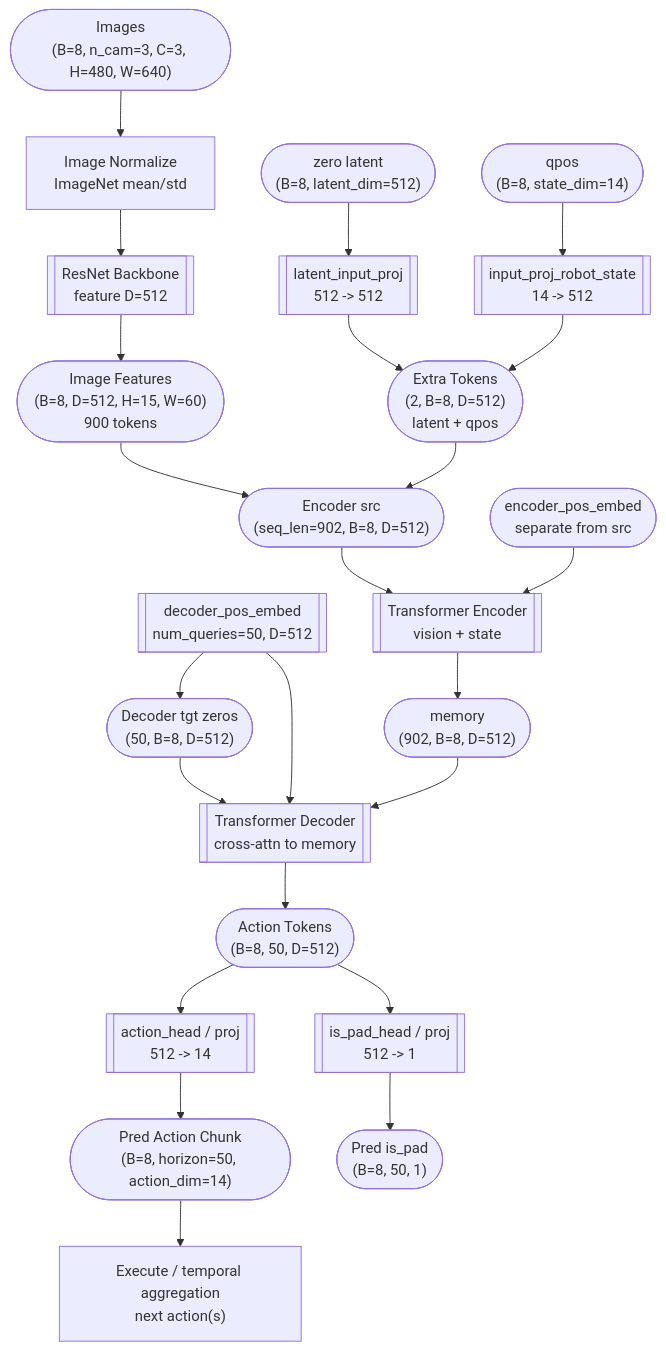
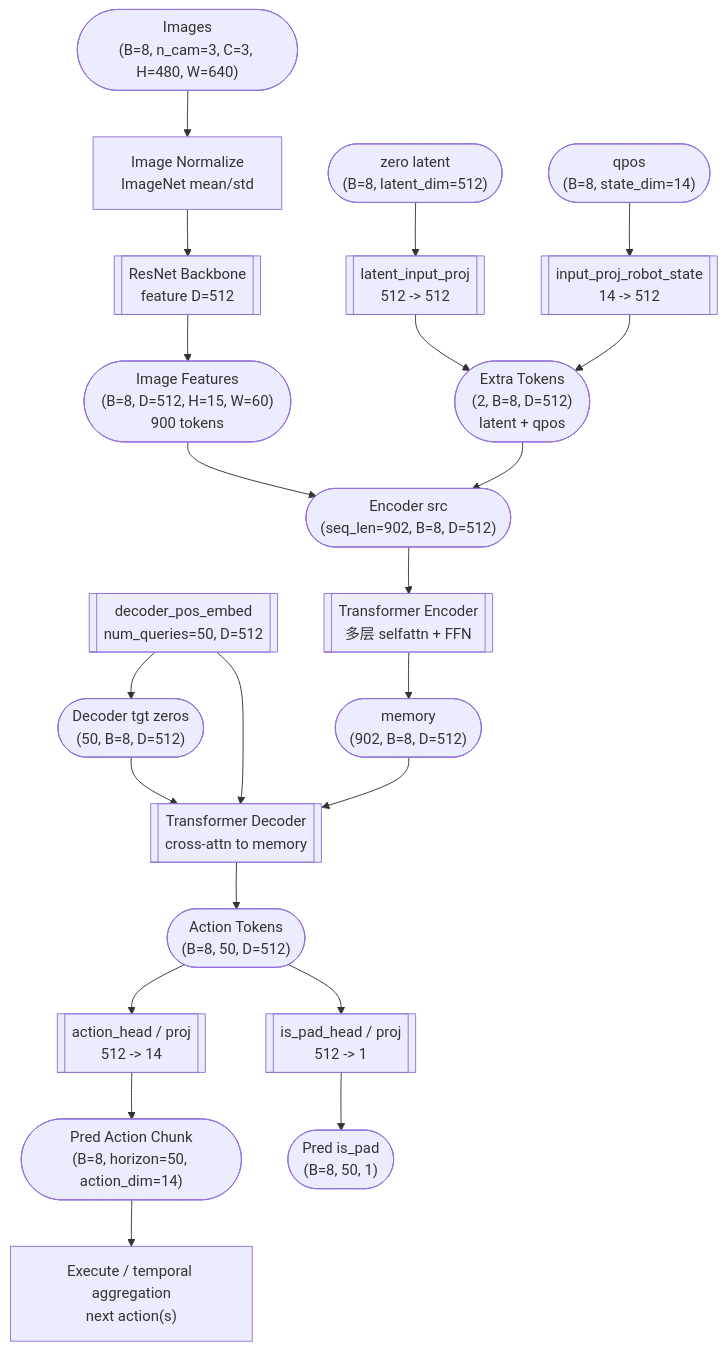
One commit to julyfun/how-to changed the second of 3 diagrams in 25/01/act.md. Above: the diagram before and after it, drawn with Mermaid. The commit also changed other lines of this file, not shown here.

````diff
--- a/25/01/act.md
+++ b/25/01/act.md
@@ -100,30 +98,28 @@
 ```mermaid
 flowchart TD
     qpos(["qpos<br/>(B=8, state_dim=14)"]) --> stateproj[["input_proj_robot_state<br/>14 -> 512"]]
     img(["Images<br/>(B=8, n_cam=3, C=3, H=480, W=640)"]) --> norm["Image Normalize<br/>ImageNet mean/std"]
     norm --> backbone[["ResNet Backbone<br/>feature D=512"]]
     backbone --> feat(["Image Features<br/>(B=8, D=512, H=15, W=60)<br/>900 tokens"])
 
     zero(["zero latent<br/>(B=8, latent_dim=512)"]) --> zproj[["latent_input_proj<br/>512 -> 512"]]
     zproj --> addtok(["Extra Tokens<br/>(2, B=8, D=512)<br/>latent + qpos"])
     stateproj --> addtok
 
     feat --> src(["Encoder src<br/>(seq_len=902, B=8, D=512)"])
     addtok --> src
-    encpos(["encoder_pos_embed<br/>separate from src"])
-    src --> enc[["Transformer Encoder<br/>vision + state"]]
-    encpos --> enc
+    src --> enc[["Transformer Encoder<br>多层 selfattn + FFN"]]
     enc --> mem(["memory<br/>(902, B=8, D=512)"])
 
     query[["decoder_pos_embed<br/>num_queries=50, D=512"]] --> tgt(["Decoder tgt zeros<br/>(50, B=8, D=512)"])
     tgt --> dec[["Transformer Decoder<br/>cross-attn to memory"]]
     query --> dec
     mem --> dec
 
     dec --> hs(["Action Tokens<br/>(B=8, 50, D=512)"])
     hs --> ahead[["action_head / proj<br/>512 -> 14"]]
     hs --> phead[["is_pad_head / proj<br/>512 -> 1"]]
     ahead --> ahat(["Pred Action Chunk<br/>(B=8, horizon=50, action_dim=14)"])
     phead --> phat(["Pred is_pad<br/>(B=8, 50, 1)"])
     ahat --> exec["Execute / temporal aggregation<br/>next action(s)"]
 ```
````
